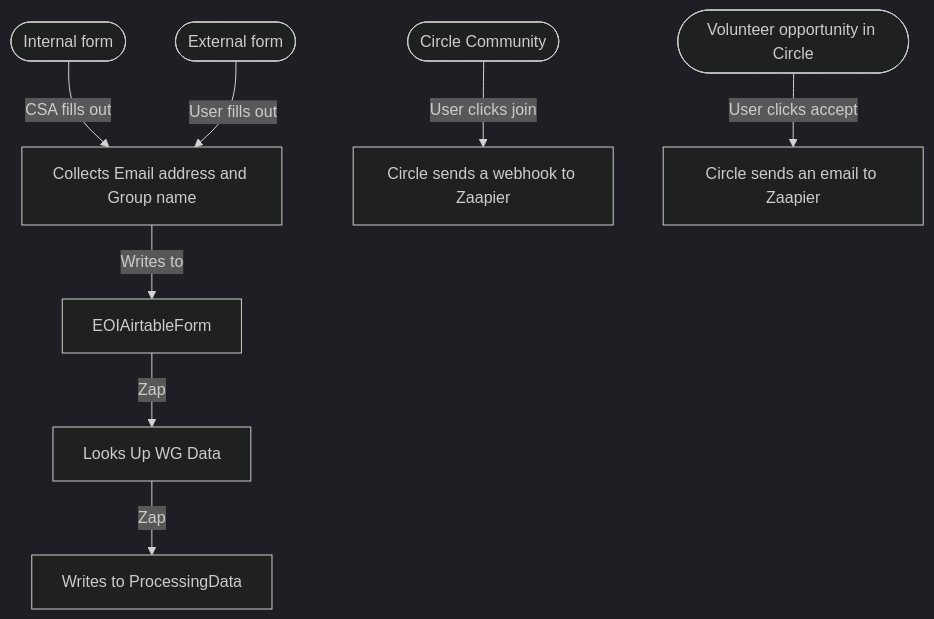
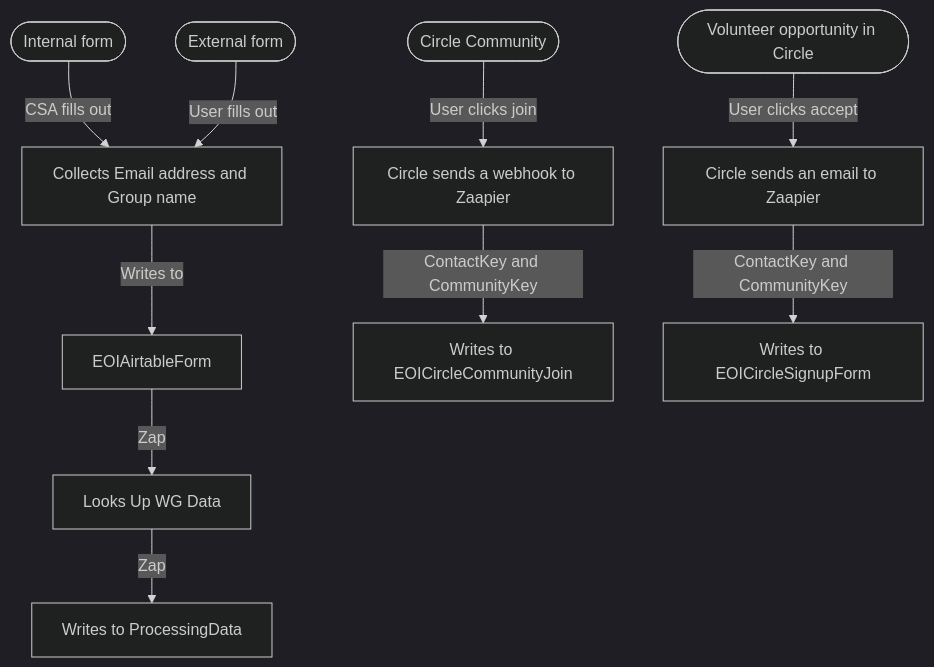
Before and after one commit to CloudSecurityAlliance/CSA-IT-Operations: the diagram in projects/WG-automation/diagram.md, drawn with Mermaid (dark theme).

````diff
--- a/projects/WG-automation/diagram.md
+++ b/projects/WG-automation/diagram.md
@@ -1,23 +1,25 @@
 ```mermaid
 graph TD;
 
 
 internalForm([Internal form])
 
 externalForm([External form])
 %% requires email validation, e.g. Google forms "Collect email addresses Respondents will be required to sign in to Google"
 
 joinCommunity([Circle Community])
 joinVolunteer([Volunteer opportunity in Circle])
 
 internalForm --> |CSA fills out| collectEmailAndGroup[Collects Email address and Group name]
 externalForm --> |User fills out| collectEmailAndGroup[Collects Email address and Group name]
 collectEmailAndGroup --> |Writes to| EOIAirtableForm[EOIAirtableForm]
 EOIAirtableForm --> |Zap| LookupWGData[Looks Up WG Data]
 LookupWGData --> |Zap| WritesToProcessingData[Writes to ProcessingData]
 
 joinCommunity --> |User clicks join| CircleWebHook[Circle sends a webhook to Zaapier]
 joinVolunteer --> |User clicks accept| CircleSendsEmail[Circle sends an email to Zaapier]
 
+CircleWebHook --> |ContactKey and CommunityKey| WritesToEOICircleCommunityJoin[Writes to EOICircleCommunityJoin]
+CircleSendsEmail --> |ContactKey and CommunityKey| WritesToEOICircleSignupForm[Writes to EOICircleSignupForm]
 
 ```
````
